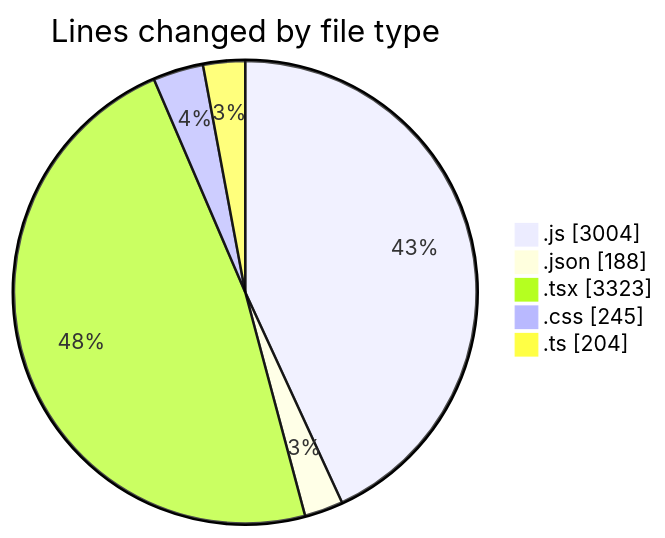
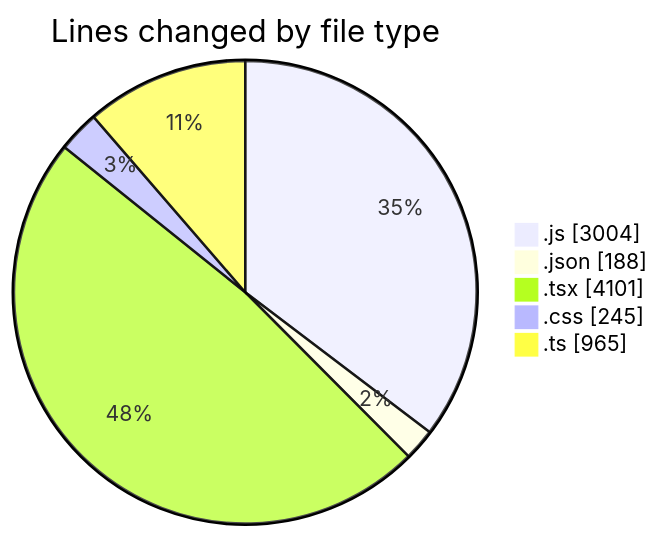
Before and after one commit to lephambinh05/code-tracking: the first of 2 diagrams in 2025-08-09/napxuvn/README.md, drawn with Mermaid. The commit also changed other lines of this file and 1 other file, not shown here.

````diff
--- a/2025-08-09/napxuvn/README.md
+++ b/2025-08-09/napxuvn/README.md
@@ -60,9 +70,9 @@
 ```mermaid
 pie showData
 title Lines changed by file type
 ".js" : 3004
 ".json" : 188
-".tsx" : 3323
+".tsx" : 4101
 ".css" : 245
-".ts" : 204
+".ts" : 965
 ```
````
